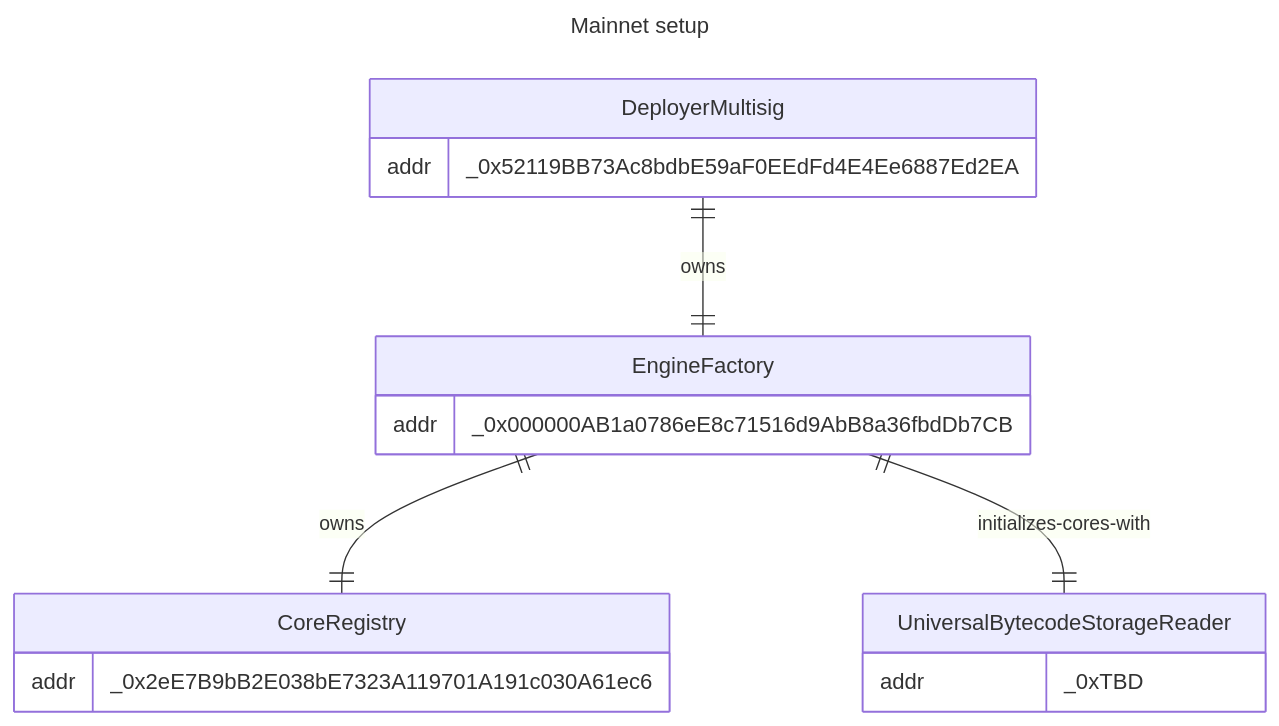
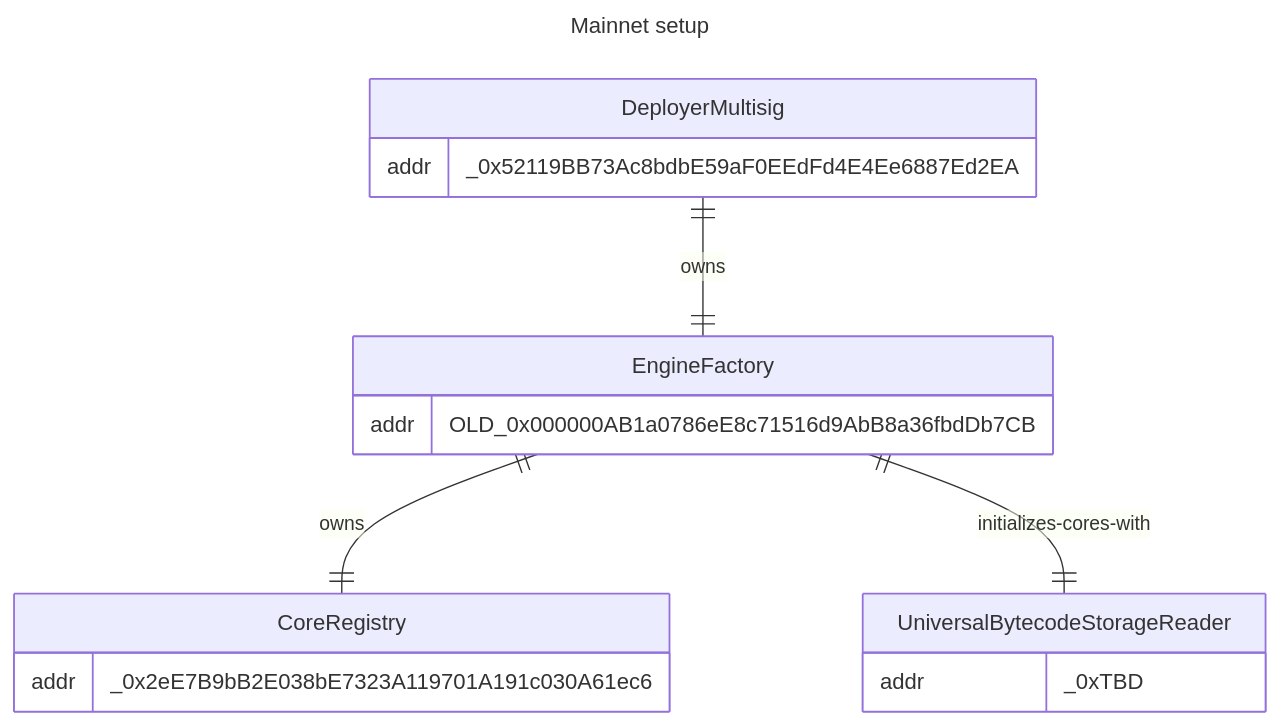
The first of 4 diagrams in packages/contracts/INFRASTRUCTURE.md (void-smith660/artblocks-contracts), drawn with Mermaid before and after one commit. The commit also changed other lines of this file, not shown here.

````diff
--- a/packages/contracts/INFRASTRUCTURE.md
+++ b/packages/contracts/INFRASTRUCTURE.md
@@ -28,21 +28,21 @@
 ```mermaid
 ---
 title: Mainnet setup
 ---
 erDiagram
     DeployerMultisig ||--|| EngineFactory : owns
     EngineFactory ||--|| CoreRegistry : owns
     EngineFactory ||--|| UniversalBytecodeStorageReader : initializes-cores-with
     DeployerMultisig {
         addr _0x52119BB73Ac8bdbE59aF0EEdFd4E4Ee6887Ed2EA
     }
     EngineFactory {
-        addr _0x000000AB1a0786eE8c71516d9AbB8a36fbdDb7CB
+        addr OLD_0x000000AB1a0786eE8c71516d9AbB8a36fbdDb7CB
     }
     CoreRegistry {
         addr _0x2eE7B9bB2E038bE7323A119701A191c030A61ec6
     }
     UniversalBytecodeStorageReader {
         addr _0xTBD
     }
 ```
````
